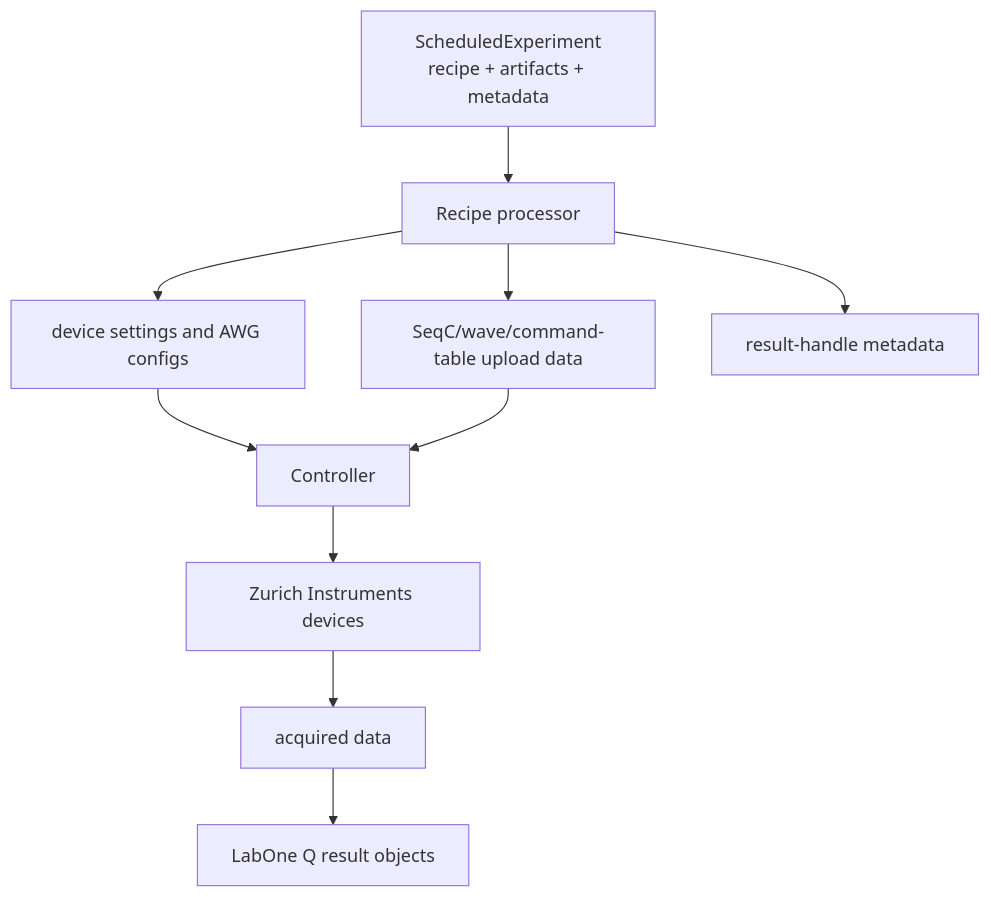
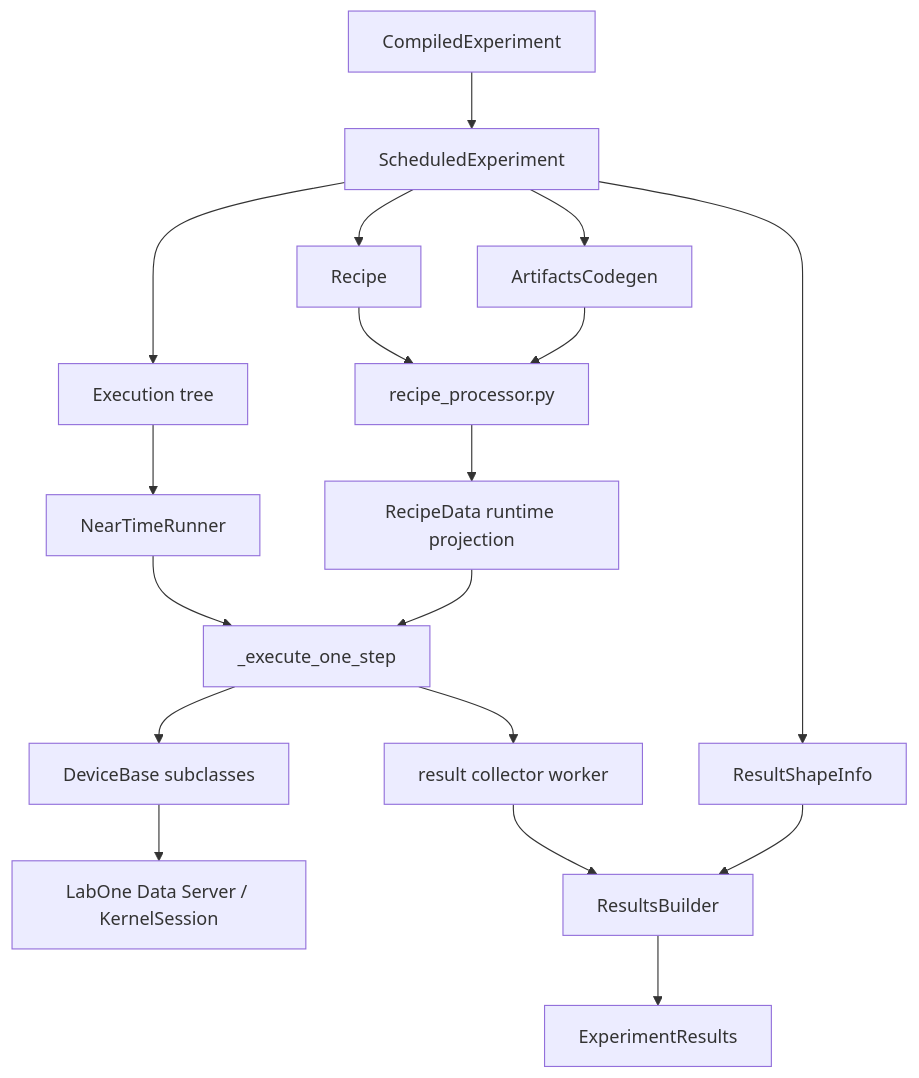
The first of 3 diagrams in docs/09-runtime-controller.md (brianzi/laboneq-devguide), drawn with Mermaid before and after one commit. The commit also changed other lines of this file, not shown here.

Commit message:
Expand runtime controller semantics

````diff
--- a/docs/09-runtime-controller.md
+++ b/docs/09-runtime-controller.md
@@ -9,12 +7,23 @@
 ```mermaid
-graph TD
-    SE[ScheduledExperiment\nrecipe + artifacts + metadata] --> RP[Recipe processor]
-    RP --> DevCfg[device settings and AWG configs]
-    RP --> Upload[SeqC/wave/command-table upload data]
-    RP --> ResultMap[result-handle metadata]
-    DevCfg --> Controller[Controller]
-    Upload --> Controller
-    Controller --> Devices[Zurich Instruments devices]
-    Devices --> Acq[acquired data]
-    Acq --> Results[LabOne Q result objects]
+flowchart TD
+    CE[CompiledExperiment] --> SE[ScheduledExperiment]
+    SE --> R[Recipe]
+    SE --> A[ArtifactsCodegen]
+    SE --> EX[Execution tree]
+    SE --> RSI[ResultShapeInfo]
+
+    R --> RP[recipe_processor.py]
+    A --> RP
+    RP --> RD[RecipeData runtime projection]
+
+    EX --> NTR[NearTimeRunner]
+    NTR --> Step[_execute_one_step]
+    RD --> Step
+
+    Step --> Dev[DeviceBase subclasses]
+    Dev --> L1[LabOne Data Server / KernelSession]
+    Step --> RC[result collector worker]
+    RC --> RB[ResultsBuilder]
+    RSI --> RB
+    RB --> ER[ExperimentResults]
 ```
````
